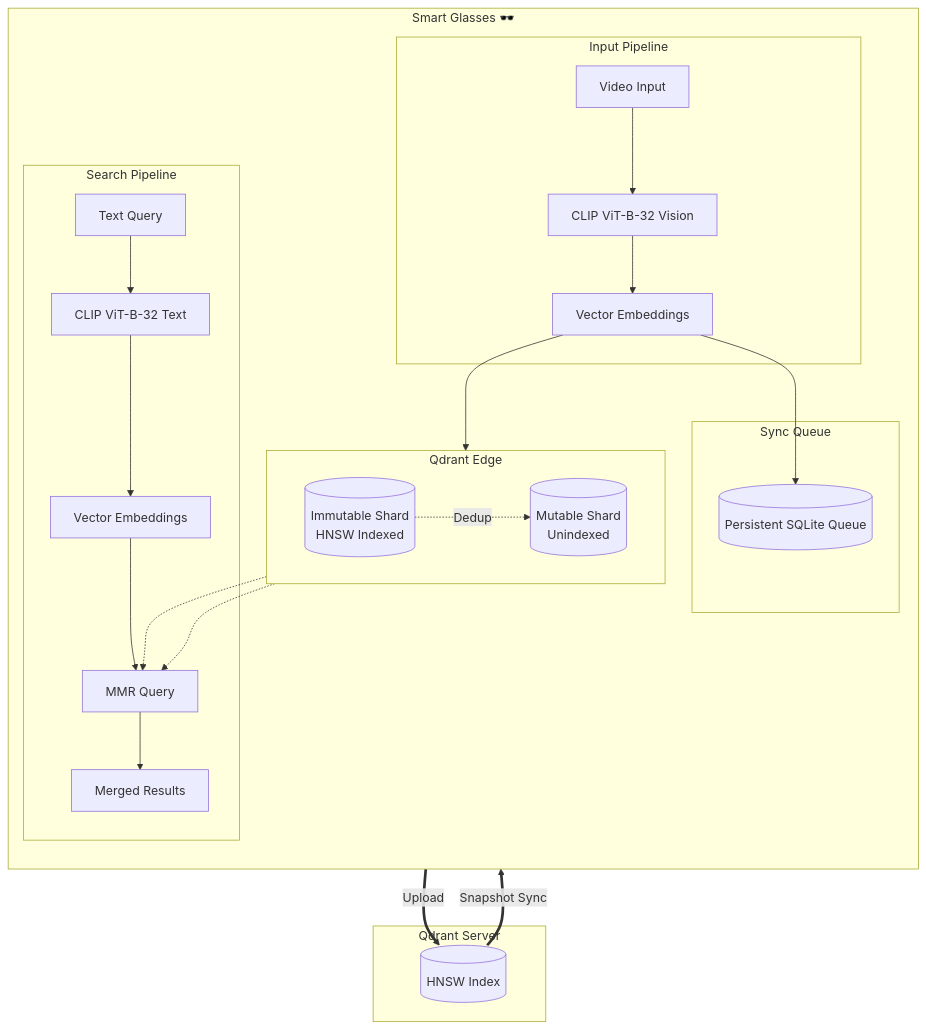
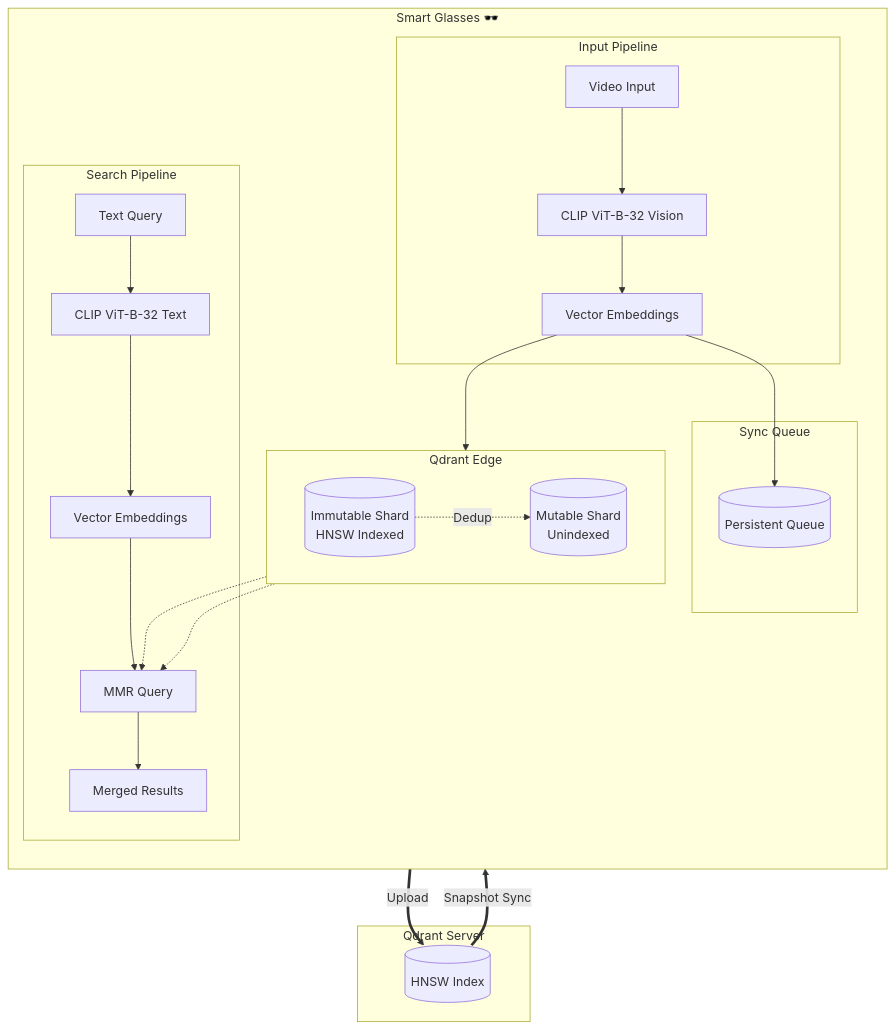
One commit to qdrant/qdrant-edge-demo changed the diagram in README.md. Above: the diagram before and after it, drawn with Mermaid.

Commit message:
docs: Rename to Persistent Queue

````diff
--- a/README.md
+++ b/README.md
@@ -11,44 +11,44 @@
 ```mermaid
 flowchart TB
     subgraph GLASSES["Smart Glasses 🕶️"]
         direction TB
 
         subgraph CAPTURE["Input Pipeline"]
             VID[Video Input] --> CLIP[CLIP ViT-B-32 Vision] --> VEC[Vector Embeddings]
         end
 
         subgraph STORAGE["Qdrant Edge"]
             direction LR
             MUT[(Mutable Shard <br/> Unindexed)]
             IMM[(Immutable Shard <br/> HNSW Indexed)]
         end
 
         subgraph QUEUE["Sync Queue"]
-            SQL[(Persistent SQLite Queue)]
+            SQL[(Persistent Queue)]
         end
 
         subgraph SEARCH["Search Pipeline"]
             TXT[Text Query]
             TENC[CLIP ViT-B-32 Text]
             TVEC[Vector Embeddings]
             QRY[MMR Query]
             RES[Merged Results]
 
             TXT --> TENC --> TVEC --> QRY
             MUT -.-> QRY
             IMM -.-> QRY
             QRY --> RES
         end
 
         VEC --> MUT
         VEC --> SQL
     end
 
     subgraph SERVER["Qdrant Server"]
         QDRANT[(HNSW Index)]
     end
 
     SQL ==Upload==> QDRANT
     QDRANT ==Snapshot Sync==> IMM
     IMM -.Dedup.-> MUT
 ```
````
